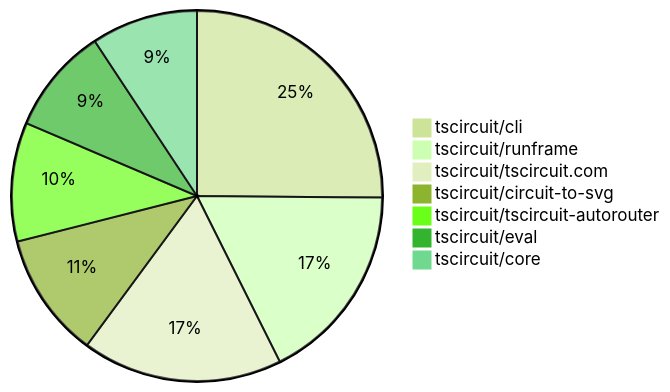
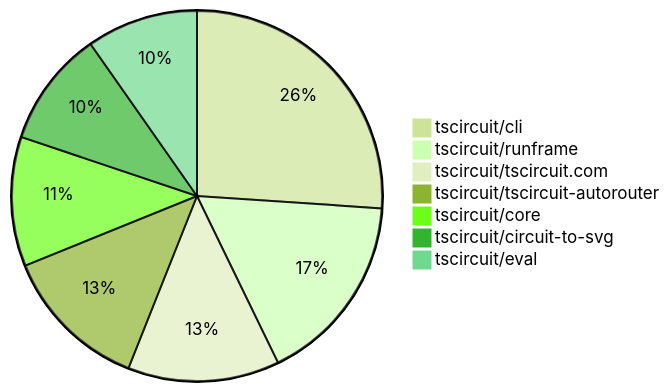
The second of 2 diagrams in README.md (tscircuit/contribution-tracker), drawn with Mermaid (forest theme) before and after one commit. The commit also changed other lines of this file and 3 other files, not shown here.

````diff
--- a/README.md
+++ b/README.md
@@ -117,10 +121,10 @@
 ```mermaid
 pie
-    "tscircuit/cli" : 46
-    "tscircuit/runframe" : 32
-    "tscircuit/tscircuit.com" : 32
-    "tscircuit/circuit-to-svg" : 20
-    "tscircuit/tscircuit-autorouter" : 19
-    "tscircuit/eval" : 17
-    "tscircuit/core" : 17
+    "tscircuit/cli" : 67
+    "tscircuit/runframe" : 43
+    "tscircuit/tscircuit.com" : 34
+    "tscircuit/tscircuit-autorouter" : 33
+    "tscircuit/core" : 29
+    "tscircuit/circuit-to-svg" : 26
+    "tscircuit/eval" : 25
 ```
````
